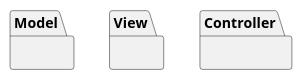
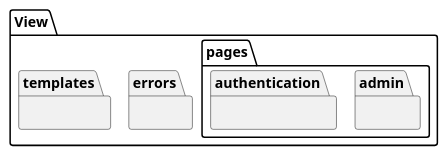
Before and after one commit to AndreasRonaldi/Skripsi: the second of 3 diagrams in doc/DokumenSkripsi/Diagram/3.class_mvc.puml, drawn with PlantUML. The commit also changed other lines of this file and 17 other files, not shown here.

Commit message:
[1.3.5, RP] Menambahkan Class Diagram to SharIF Judge MVC

```diff
--- a/doc/DokumenSkripsi/Diagram/3.class_mvc.puml
+++ b/doc/DokumenSkripsi/Diagram/3.class_mvc.puml
@@ -1,15 +48,22 @@
-@startuml class_mvc
+@startuml class_view
+!pragma layout smetana
 
-package Model {
-    
-}
+namespace View {
 
-package View {
+    package errors {
 
-}
+    }
 
-package Controller {
+    package pages {
+        package admin {
+        }
 
+        package authentication {
+        }
+    }
+
+    package templates {
+    }
 }
 
 @enduml
```
